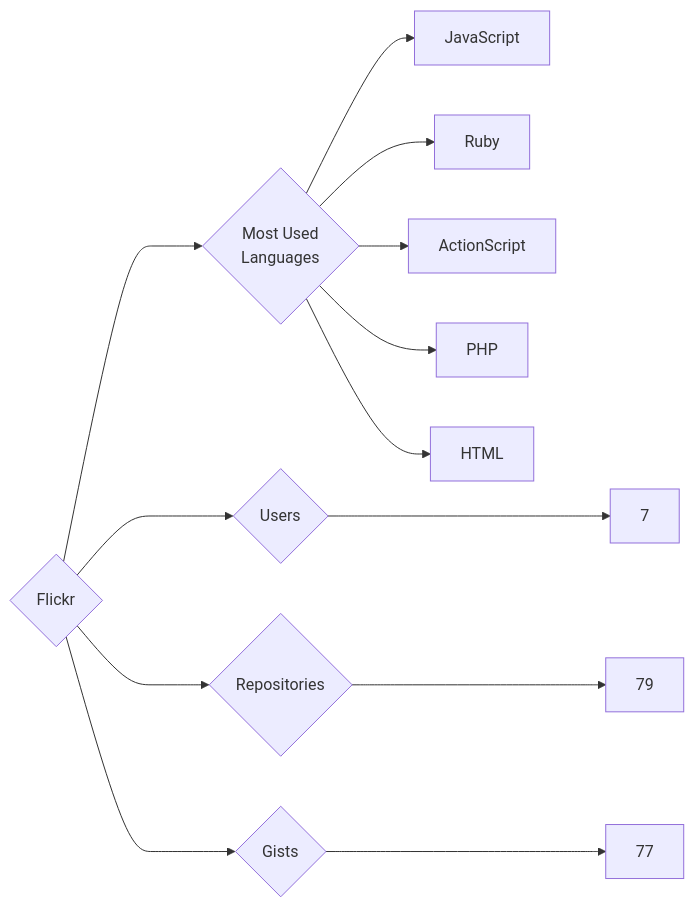
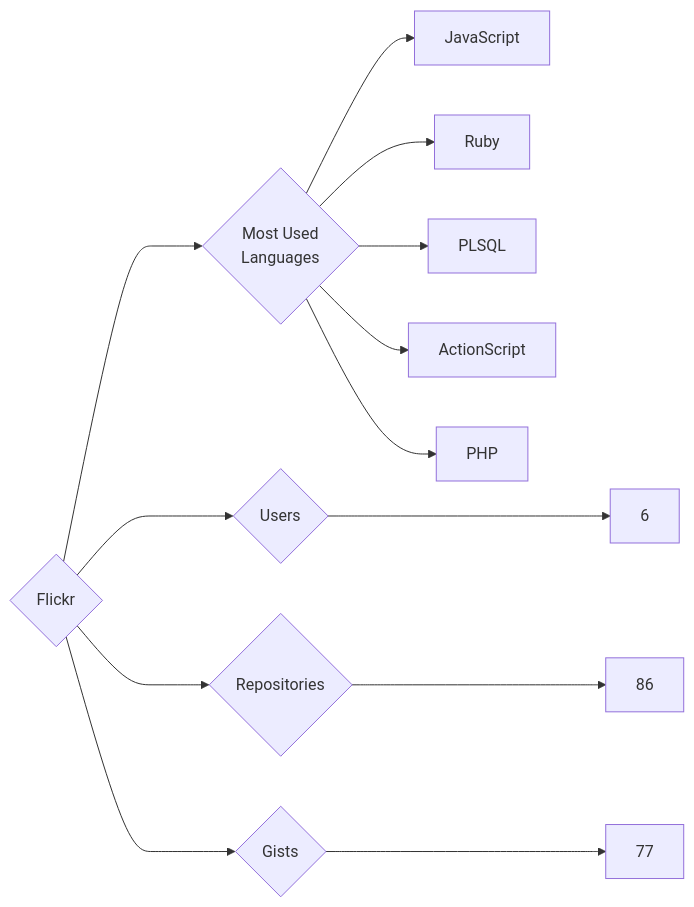
The diagram in targets/Flickr/README.md (trickest/insiders), drawn with Mermaid before and after one commit. The commit also changed 870 other files, not shown here.

````diff
--- a/targets/Flickr/README.md
+++ b/targets/Flickr/README.md
@@ -3,13 +3,13 @@
 ```mermaid
 graph LR
 COMPANY_NAME{Flickr}
-COMPANY_NAME ---> U{Users} ---> UN[7]
-COMPANY_NAME ---> R{Repositories} ---> RN[79]
+COMPANY_NAME ---> U{Users} ---> UN[6]
+COMPANY_NAME ---> R{Repositories} ---> RN[86]
 COMPANY_NAME ---> G{Gists} ---> GN[77]
 COMPANY_NAME ---> ML{Most Used<br>Languages}
 ML --> JavaScript[JavaScript]
 ML --> Ruby[Ruby]
+ML --> PLSQL[PLSQL]
 ML --> ActionScript[ActionScript]
 ML --> PHP[PHP]
-ML --> HTML[HTML]
 ```
````
